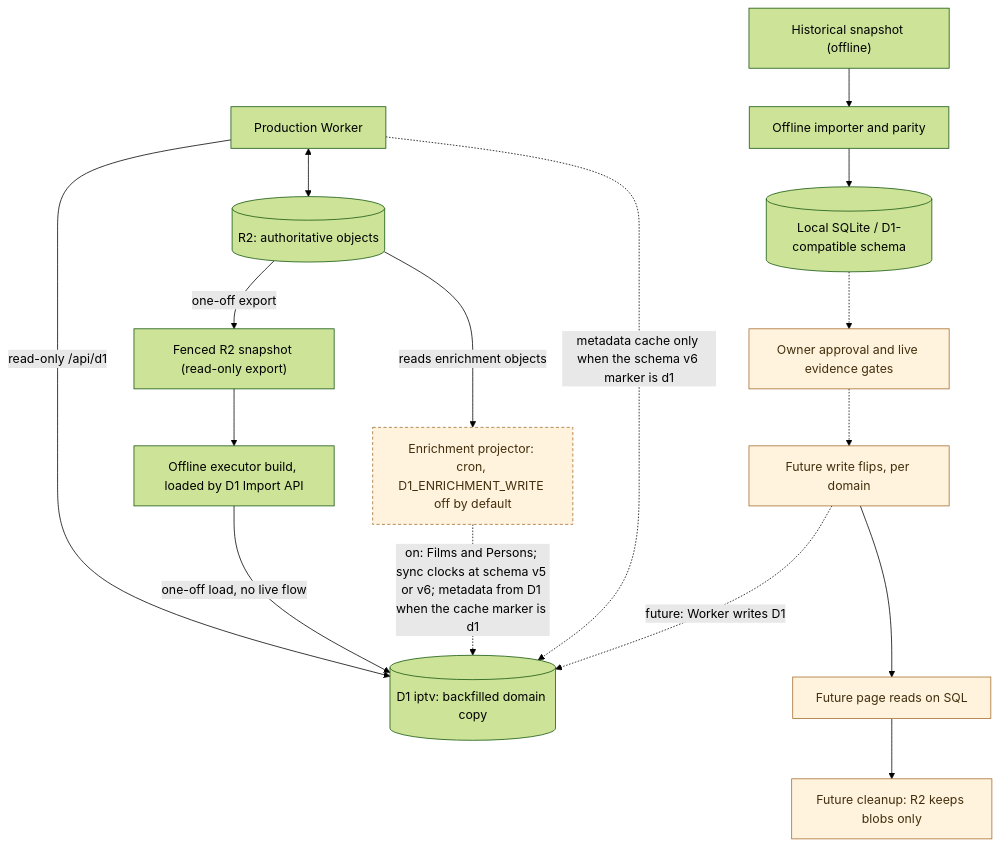
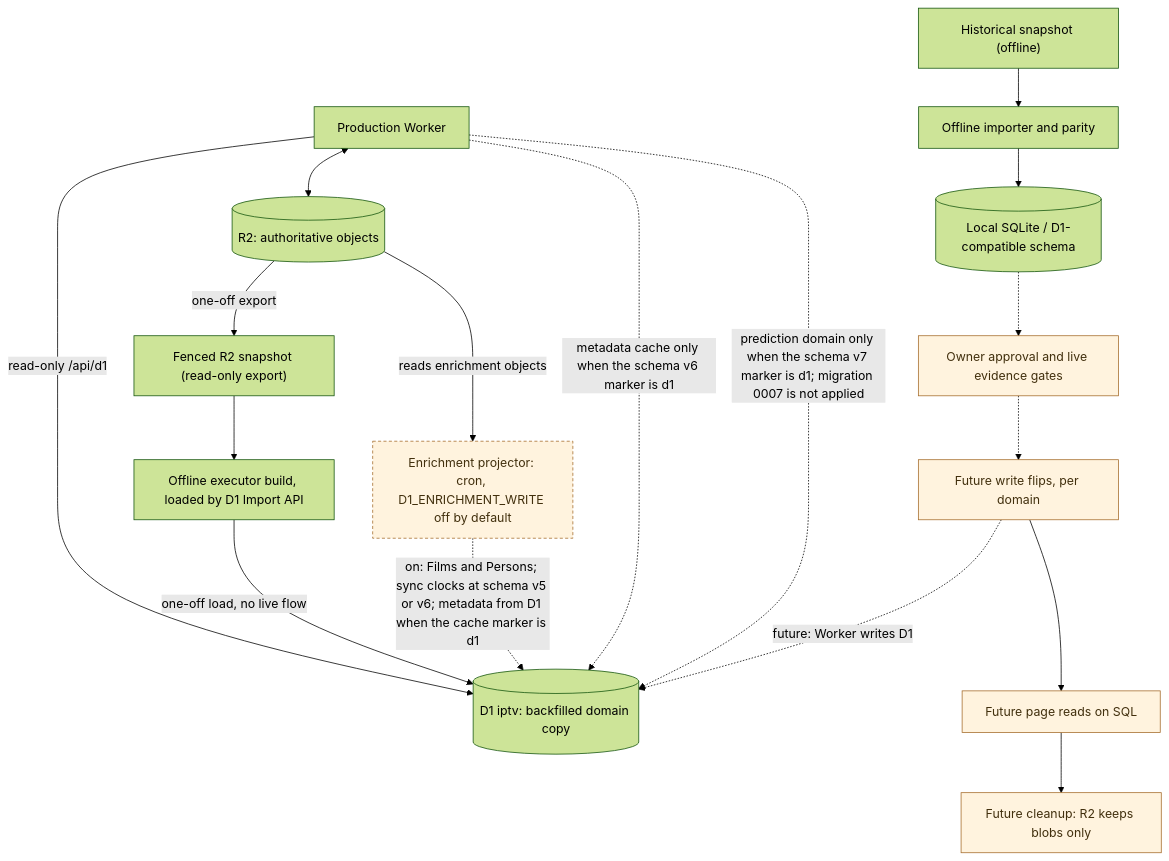
One commit to vladimino/iptv-watchlist changed the diagram in docs/architecture/persistence-and-migration.md. Above: the diagram before and after it, drawn with Mermaid (forest theme). The commit also changed other lines of this file and 32 other files, not shown here.

First line of the commit message:
AIR-317: Introduce D1-authoritative prediction domain with gated migration

````diff
--- a/docs/architecture/persistence-and-migration.md
+++ b/docs/architecture/persistence-and-migration.md
@@ -5,29 +5,30 @@
 ```mermaid
 flowchart TD
     worker["Production Worker"]
     r2[("R2: authoritative objects")]
     archive["Historical snapshot (offline)"]
     importer["Offline importer and parity"]
     local[("Local SQLite / D1-compatible schema")]
     gate["Owner approval and live evidence gates"]
     snapshot["Fenced R2 snapshot (read-only export)"]
     reload["Offline executor build, loaded by D1 Import API"]
     d1[("D1 iptv: backfilled domain copy")]
     projector["Enrichment projector: cron, D1_ENRICHMENT_WRITE off by default"]
     flipWrite["Future write flips, per domain"]
     flipRead["Future page reads on SQL"]
     retire["Future cleanup: R2 keeps blobs only"]
     worker <--> r2
     worker -->|read-only /api/d1| d1
     archive --> importer --> local
     local -.-> gate
     r2 -->|one-off export| snapshot --> reload -->|one-off load, no live flow| d1
     r2 -->|reads enrichment objects| projector -.->|on: Films and Persons; sync clocks at schema v5 or v6; metadata from D1 when the cache marker is d1| d1
     worker -.->|metadata cache only when the schema v6 marker is d1| d1
+    worker -.->|prediction domain only when the schema v7 marker is d1; migration 0007 is not applied| d1
     gate -.-> flipWrite -.->|future: Worker writes D1| d1
     flipWrite --> flipRead --> retire
     classDef future fill:#fff3de,stroke:#a56c2b,color:#42300e
     classDef gated fill:#fff3de,stroke:#a56c2b,color:#42300e,stroke-dasharray:4 3
     class gate,flipWrite,flipRead,retire future
     class projector gated
 ```
````
